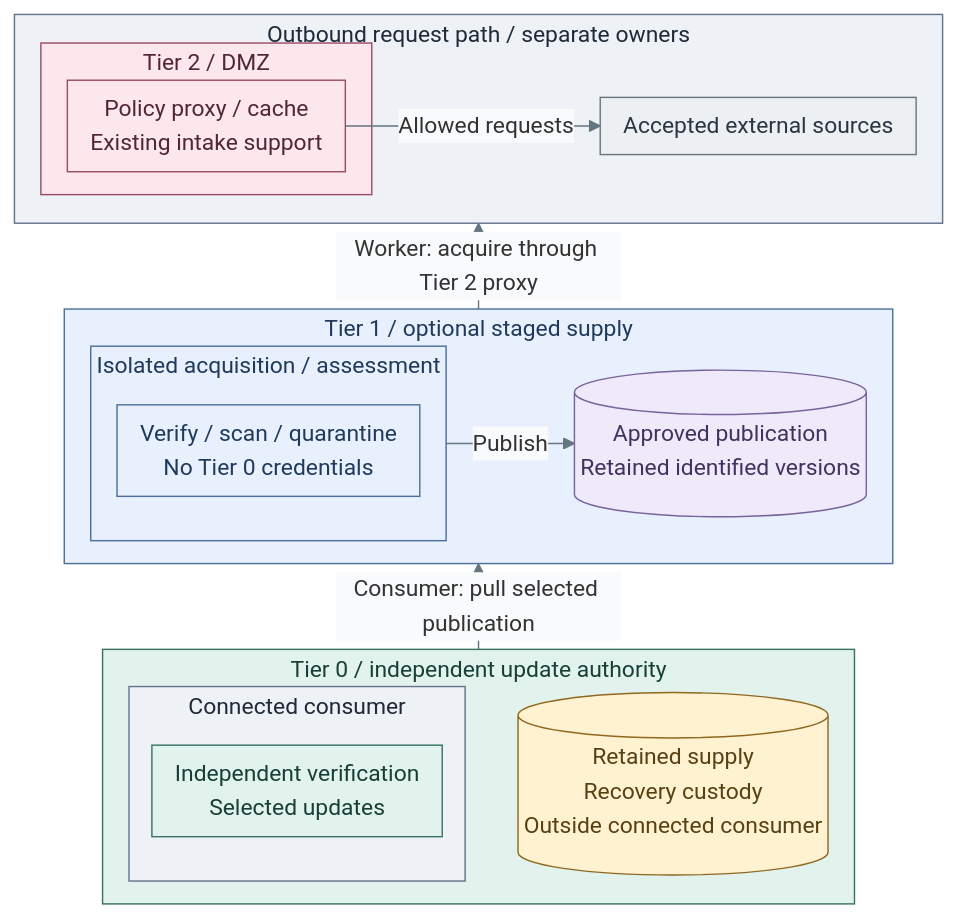
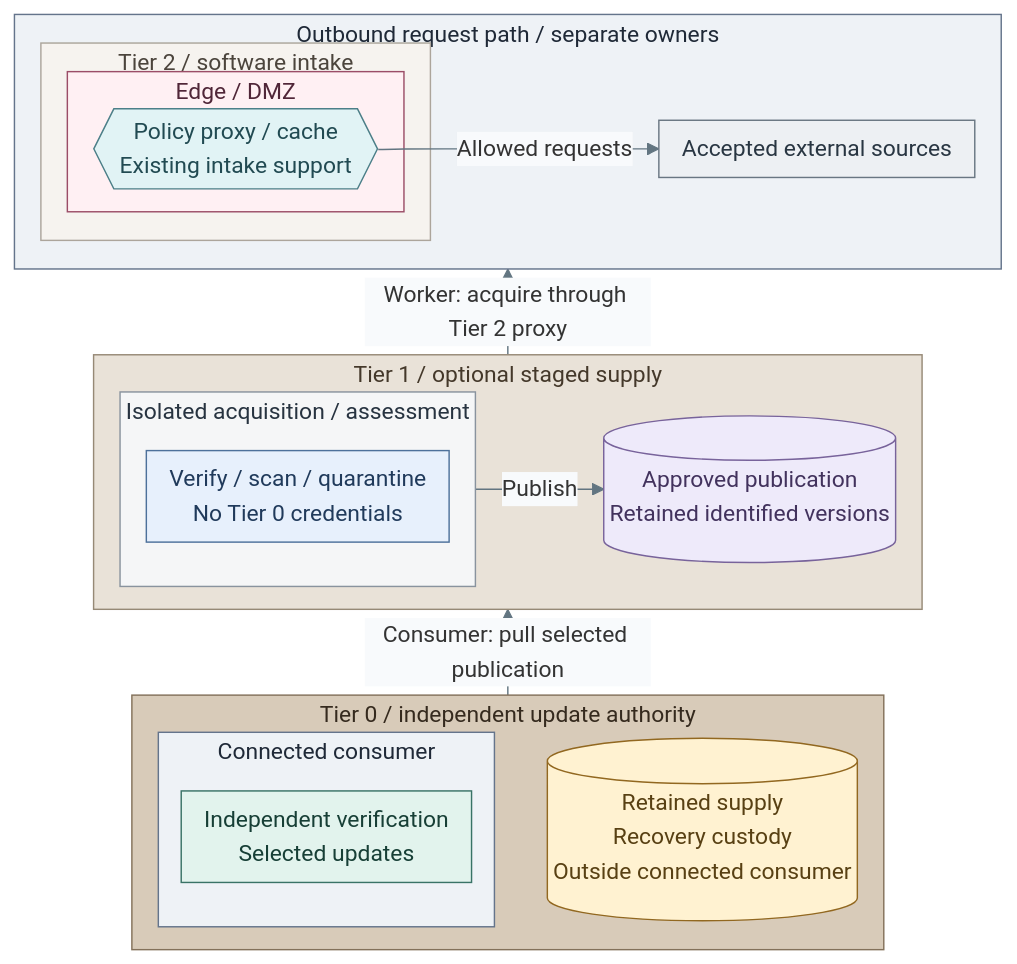
One commit to Rexus/homelab changed the first of 2 diagrams in docs/01-architecture/07-software-intake/01-verification.md. Above: the diagram before and after it, drawn with Mermaid. The commit also changed other lines of this file and 108 other files, not shown here.

Commit message:
docs(diagrams): unify visual language and opening views

````diff
--- a/docs/01-architecture/07-software-intake/01-verification.md
+++ b/docs/01-architecture/07-software-intake/01-verification.md
@@ -13,46 +13,60 @@
 ```mermaid
 %%{init: {"theme":"base","flowchart":{"nodeSpacing":12,"rankSpacing":12,"padding":8,"wrappingWidth":320,"subGraphTitleMargin":{"top":2,"bottom":8}},"themeVariables":{"lineColor":"#627581","edgeLabelBackground":"#f8fafc"}}}%%
 flowchart BT
   subgraph Transport["Outbound request path / separate owners"]
     direction LR
-    subgraph T2["Tier 2 / DMZ"]
-      Proxy["Policy proxy / cache<br/>Existing intake support"]
+    subgraph T2["Tier 2 / software intake"]
+      subgraph DMZ["Edge / DMZ"]
+        Proxy{{"Policy proxy / cache<br/>Existing intake support"}}
+      end
     end
     Sources["Accepted external sources"]
     Proxy -- "Allowed requests" --> Sources
   end
   subgraph T1["Tier 1 / optional staged supply"]
     direction LR
     subgraph Intake["Isolated acquisition / assessment"]
       Worker["Verify / scan / quarantine<br/>No Tier 0 credentials"]
     end
     Supply[("Approved publication<br/>Retained identified versions")]
     Intake -- "Publish" --> Supply
   end
   subgraph T0["Tier 0 / independent update authority"]
     direction LR
     subgraph Connected["Connected consumer"]
       Consumer["Independent verification<br/>Selected updates"]
     end
     Retained[("Retained supply<br/>Recovery custody<br/>Outside connected consumer")]
     Connected ~~~ Retained
   end
   T1 -- "Worker: acquire through Tier 2 proxy" --> Transport
   T0 -- "Consumer: pull selected publication" --> T1
   classDef default fill:#f8fafc,stroke:#64748b,color:#1f2937
   classDef boundary fill:#eef2f6,stroke:#64748b,color:#1f2937
   classDef services fill:#e7f0fc,stroke:#4d719b,color:#203a5b
   classDef edge fill:#fce8ec,stroke:#9b4d67,color:#502638
   classDef control fill:#e2f3ed,stroke:#397366,color:#173f36
   classDef data fill:#eeeafa,stroke:#78639b,color:#42325d
   classDef custody fill:#fff2d1,stroke:#926820,color:#584013
   classDef actor fill:#edf0f3,stroke:#697682,color:#293642
-  class T1,Intake,Worker services
-  class T2,Proxy edge
+  classDef group fill:#f5f6f7,stroke:#89939e,color:#273340
+  class Intake group
+  classDef traffic fill:#e1f3f5,stroke:#4c7f88,color:#214a52
+  classDef zoneEdge fill:#fff0f3,stroke:#9b4d67,color:#502638
+  class Proxy traffic
+  class DMZ zoneEdge
   class Supply data
-  class T0,Consumer control
+  class Consumer control
   class Connected boundary
   class Transport boundary
   class Retained custody
   class Sources actor
+  classDef action fill:#fcebdc,stroke:#a16c43,color:#5b3921
+  class Worker services
+  classDef tier0 fill:#d8cbb9,stroke:#83715a,color:#352a1e
+  class T0 tier0
+  classDef tier1 fill:#e9e2d8,stroke:#968976,color:#44382a
+  class T1 tier1
+  classDef tier2 fill:#f6f3ef,stroke:#aca59b,color:#4b443c
+  class T2 tier2
 ```
````
